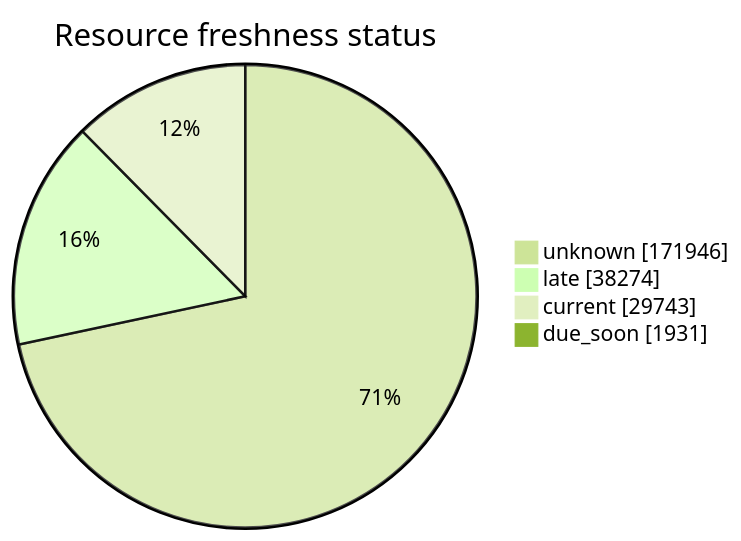
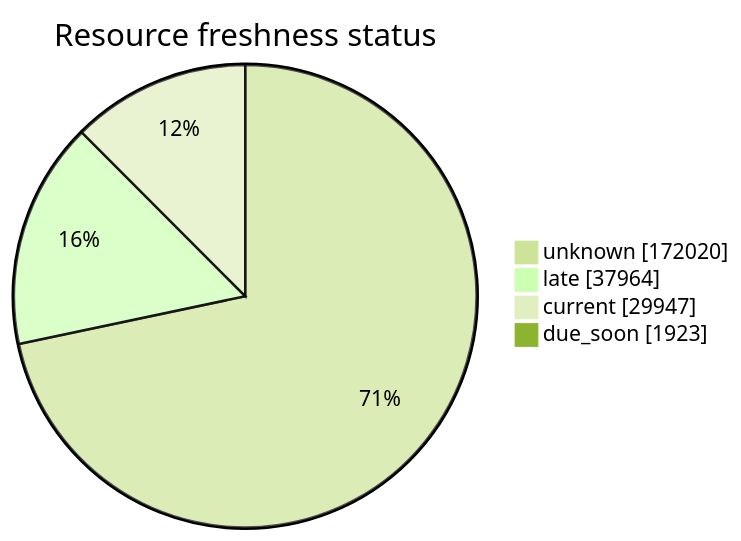
The third of 5 diagrams in FreshCheck/README.md (open-data/analytics-corporate-reporting), drawn with Mermaid (forest theme) before and after one commit. The commit also changed other lines of this file and 3 other files, not shown here.

````diff
--- a/FreshCheck/README.md
+++ b/FreshCheck/README.md
@@ -77,7 +77,7 @@
 ```mermaid
 pie showData title Resource freshness status
-    "unknown": 171946
-    "late": 38274
-    "current": 29743
-    "due_soon": 1931
+    "unknown": 172020
+    "late": 37964
+    "current": 29947
+    "due_soon": 1923
 ```
````
